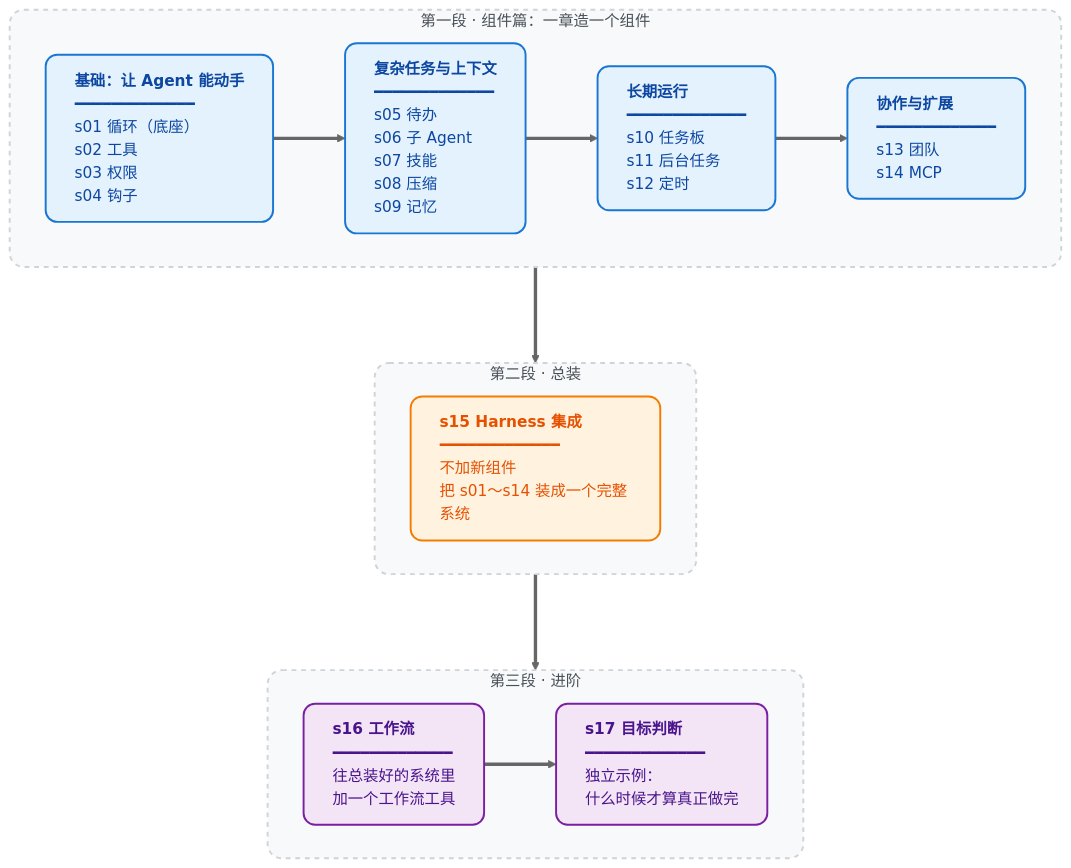
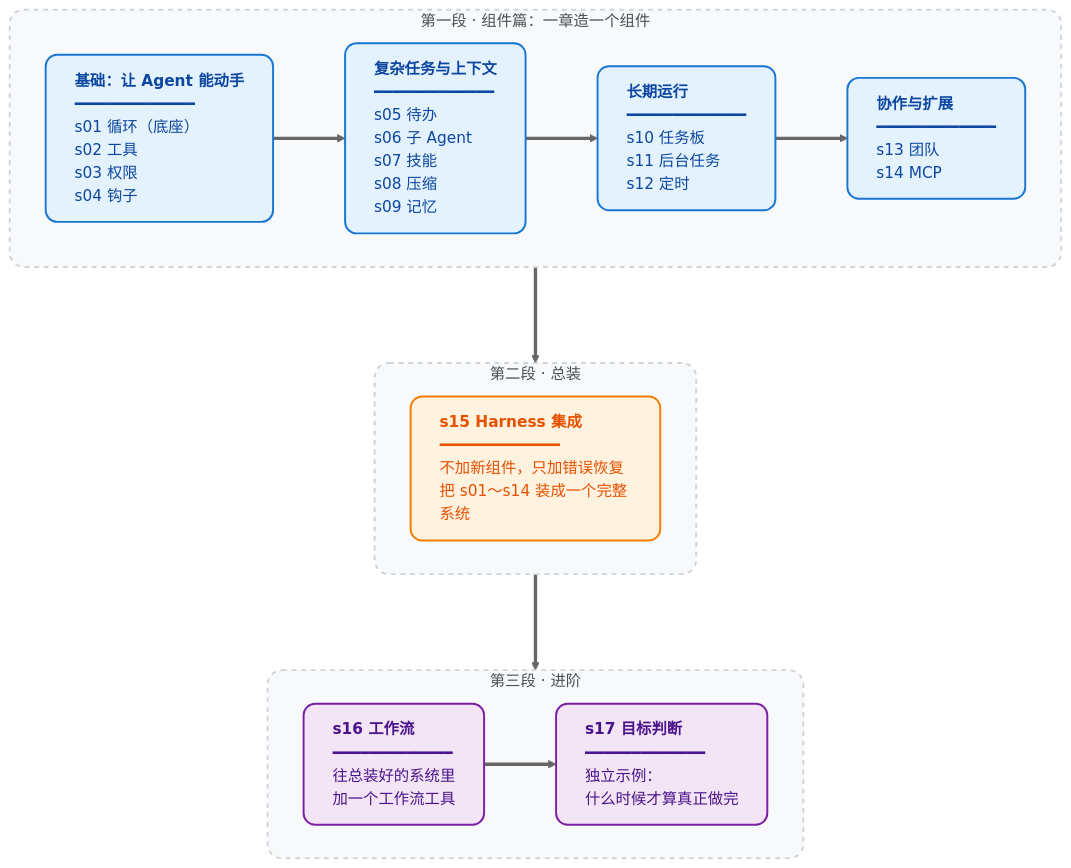
The diagram in README.md (hubooooooo/claude-code-harness-study), drawn with Mermaid (neutral theme) before and after one commit. The commit also changed other lines of this file and 30 other files, not shown here.

````diff
--- a/README.md
+++ b/README.md
@@ -174,31 +185,31 @@
 ```mermaid
 flowchart TD
     classDef part fill:#E3F2FD,stroke:#1976D2,stroke-width:2px,color:#0D47A1,rx:12,ry:12,text-align:left
     classDef build fill:#FFF3E0,stroke:#F57C00,stroke-width:2px,color:#E65100,rx:12,ry:12,text-align:left
     classDef adv fill:#F3E5F5,stroke:#7B1FA2,stroke-width:2px,color:#4A148C,rx:12,ry:12,text-align:left
     classDef groupBox fill:#F8F9FA,stroke:#CED4DA,stroke-width:2px,stroke-dasharray: 5 5,rx:15,ry:15,color:#495057
 
     subgraph Part1 ["第一段 · 组件篇：一章造一个组件"]
         direction LR
         A["<b>基础：让 Agent 能动手</b><br/>━━━━━━━━━━━━━<br/>s01 循环（底座）<br/>s02 工具<br/>s03 权限<br/>s04 钩子"]:::part
         B["<b>复杂任务与上下文</b><br/>━━━━━━━━━━━━━<br/>s05 待办<br/>s06 子 Agent<br/>s07 技能<br/>s08 压缩<br/>s09 记忆"]:::part
         C["<b>长期运行</b><br/>━━━━━━━━━━━━━<br/>s10 任务板<br/>s11 后台任务<br/>s12 定时"]:::part
         D["<b>协作与扩展</b><br/>━━━━━━━━━━━━━<br/>s13 团队<br/>s14 MCP"]:::part
         A ==> B ==> C ==> D
     end
 
     subgraph Part2 ["第二段 · 总装"]
-        E["<b>s15 Harness 集成</b><br/>━━━━━━━━━━━━━<br/>不加新组件<br/>把 s01～s14 装成一个完整系统"]:::build
+        E["<b>s15 Harness 集成</b><br/>━━━━━━━━━━━━━<br/>不加新组件，只加错误恢复<br/>把 s01～s14 装成一个完整系统"]:::build
     end
 
     subgraph Part3 ["第三段 · 进阶"]
         direction LR
         F["<b>s16 工作流</b><br/>━━━━━━━━━━━━━<br/>往总装好的系统里<br/>加一个工作流工具"]:::adv
         G["<b>s17 目标判断</b><br/>━━━━━━━━━━━━━<br/>独立示例：<br/>什么时候才算真正做完"]:::adv
         F ==> G
     end
 
     Part1 ===> Part2 ===> Part3
 
     class Part1,Part2,Part3 groupBox
 ```
````
